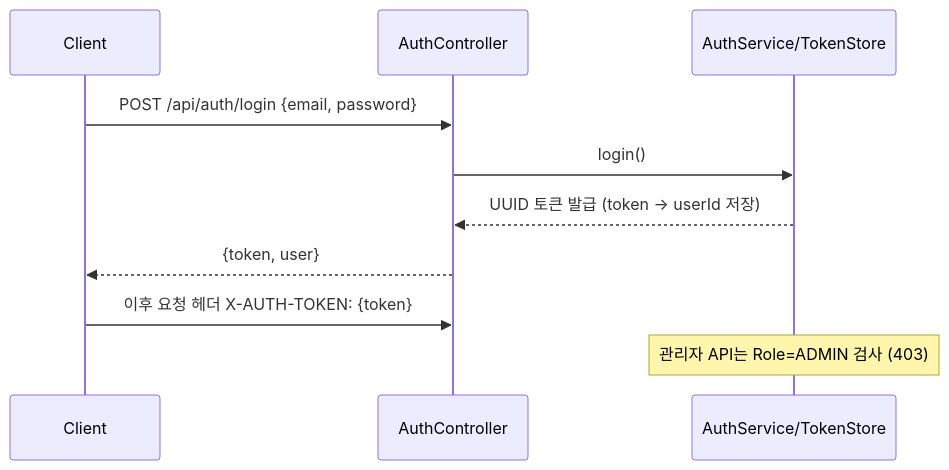
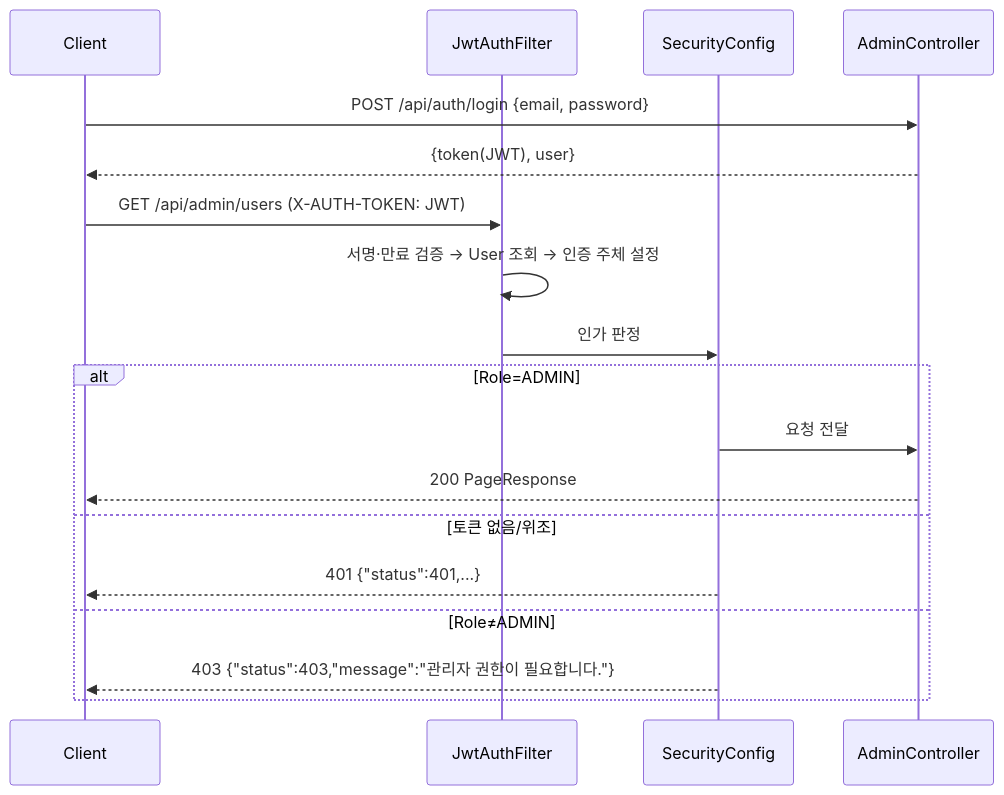
Before and after one commit to hello-pebble/MatchSimulation: the fifth of 5 diagrams in docs/architecture.md, drawn with Mermaid. The commit also changed other lines of this file and 134 other files, not shown here.

First line of the commit message:
관리자 전용 서비스(AdminHub)로 전환 + 매칭 통계 DB 집계

````diff
--- a/docs/architecture.md
+++ b/docs/architecture.md
@@ -238,12 +233,21 @@
 ```mermaid
 sequenceDiagram
     participant C as Client
-    participant A as AuthController
-    participant S as AuthService/TokenStore
+    participant F as JwtAuthFilter
+    participant S as SecurityConfig
+    participant A as AdminController
+
     C->>A: POST /api/auth/login {email, password}
-    A->>S: login()
-    S-->>A: UUID 토큰 발급 (token → userId 저장)
-    A-->>C: {token, user}
-    C->>A: 이후 요청 헤더 X-AUTH-TOKEN: {token}
-    Note over S: 관리자 API는 Role=ADMIN 검사 (403)
+    A-->>C: {token(JWT), user}
+    C->>F: GET /api/admin/users (X-AUTH-TOKEN: JWT)
+    F->>F: 서명·만료 검증 → User 조회 → 인증 주체 설정
+    F->>S: 인가 판정
+    alt Role=ADMIN
+        S->>A: 요청 전달
+        A-->>C: 200 PageResponse
+    else 토큰 없음/위조
+        S-->>C: 401 {"status":401,...}
+    else Role≠ADMIN
+        S-->>C: 403 {"status":403,"message":"관리자 권한이 필요합니다."}
+    end
 ```
````
